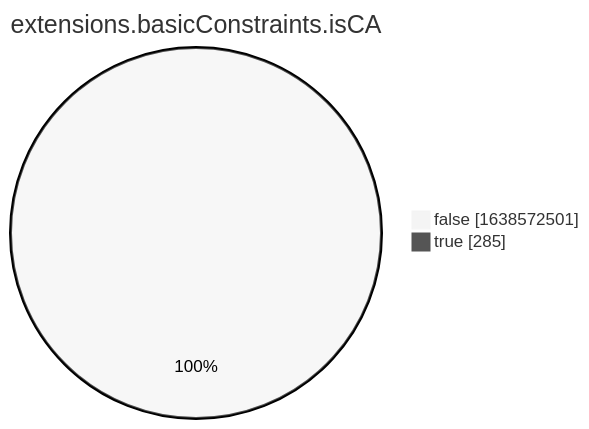
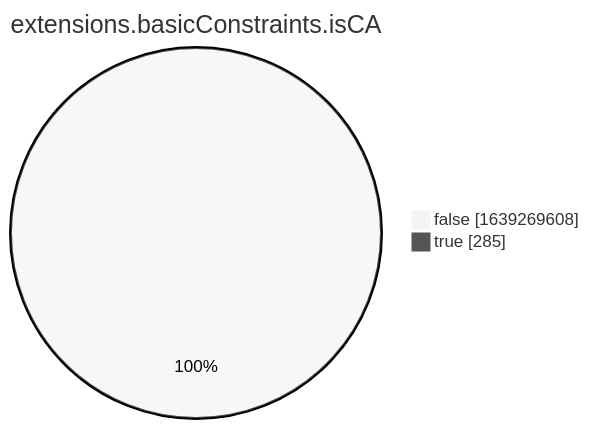
Before and after one commit to christiankrug/ctmonitor_visualization: the eighth of 15 diagrams in xenon2022/README.md, drawn with Mermaid (neutral theme). The commit also changed other lines of this file, not shown here.

````diff
--- a/xenon2022/README.md
+++ b/xenon2022/README.md
@@ -2863,6 +2863,6 @@
 ```mermaid
 pie showData
 title extensions.basicConstraints.isCA
-"false" :1638572501
+"false" :1639269608
 "true" :285
 ```
````
